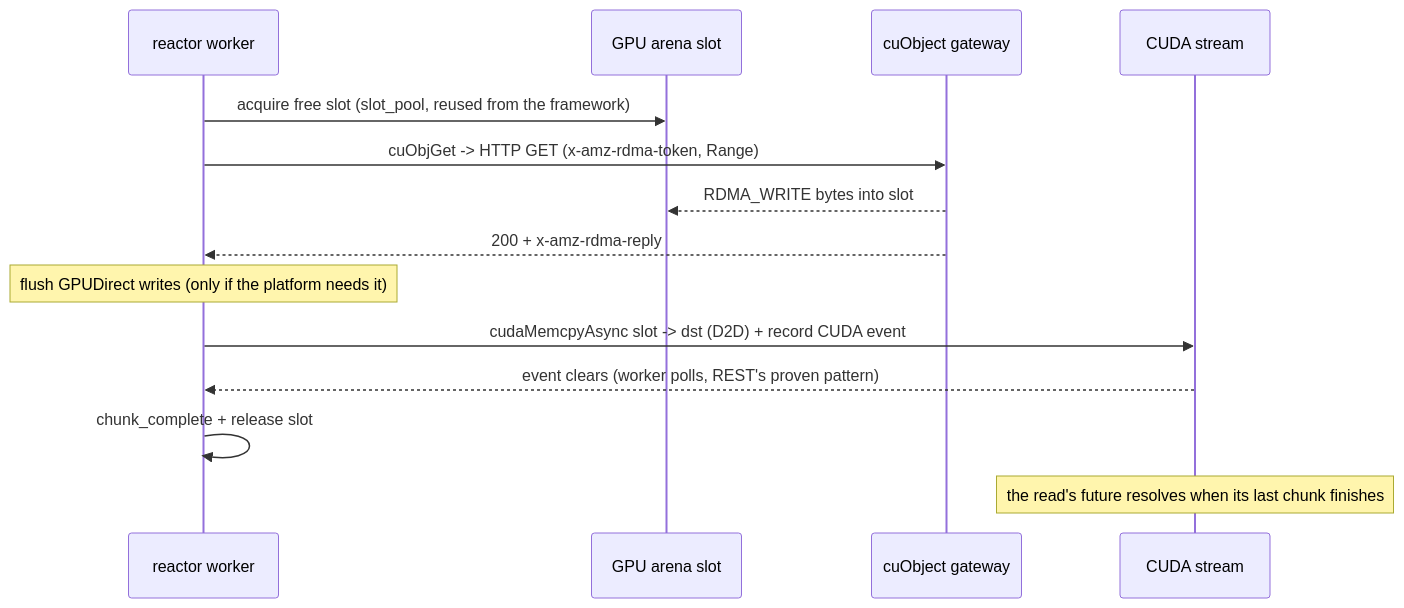
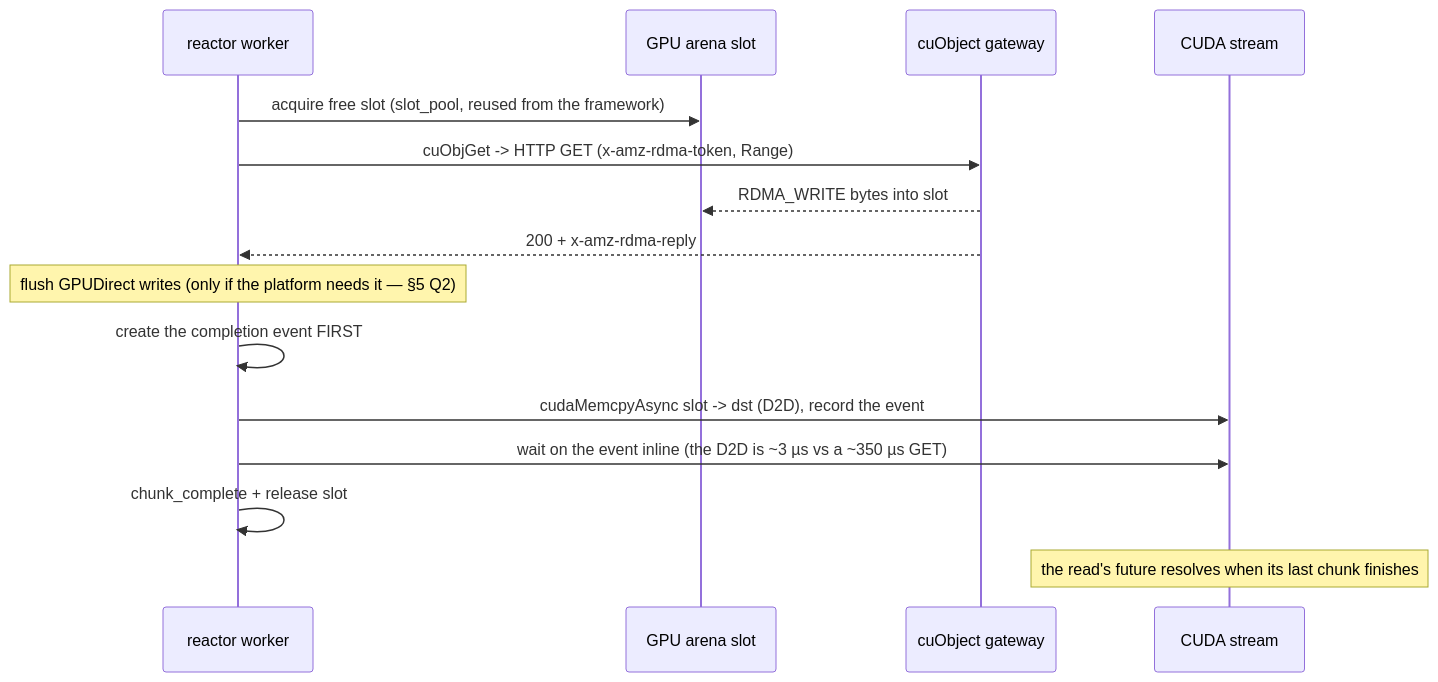
Before and after one commit to sirius-db/sirius: the second of 3 diagrams in experimental/s3-rdma-transport-design.md, drawn with Mermaid. The commit also changed other lines of this file and 1 other file, not shown here.

````diff
--- a/experimental/s3-rdma-transport-design.md
+++ b/experimental/s3-rdma-transport-design.md
@@ -71,16 +78,17 @@
 ```mermaid
 sequenceDiagram
   participant W as reactor worker
   participant A as GPU arena slot
   participant G as cuObject gateway
   participant S as CUDA stream
   W->>A: acquire free slot (slot_pool, reused from the framework)
   W->>G: cuObjGet -> HTTP GET (x-amz-rdma-token, Range)
   G-->>A: RDMA_WRITE bytes into slot
   G-->>W: 200 + x-amz-rdma-reply
-  Note over W: flush GPUDirect writes (only if the platform needs it)
-  W->>S: cudaMemcpyAsync slot -> dst (D2D) + record CUDA event
-  S-->>W: event clears (worker polls, REST's proven pattern)
+  Note over W: flush GPUDirect writes (only if the platform needs it — §5 Q2)
+  W->>W: create the completion event FIRST
+  W->>S: cudaMemcpyAsync slot -> dst (D2D), record the event
+  W->>S: wait on the event inline (the D2D is ~3 µs vs a ~350 µs GET)
   W->>W: chunk_complete + release slot
   Note over S: the read's future resolves when its last chunk finishes
 ```
````
